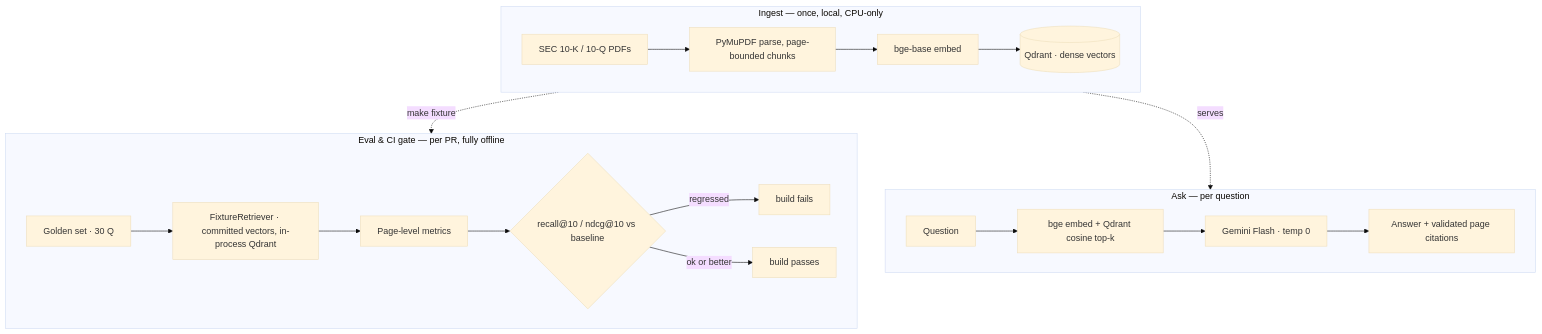
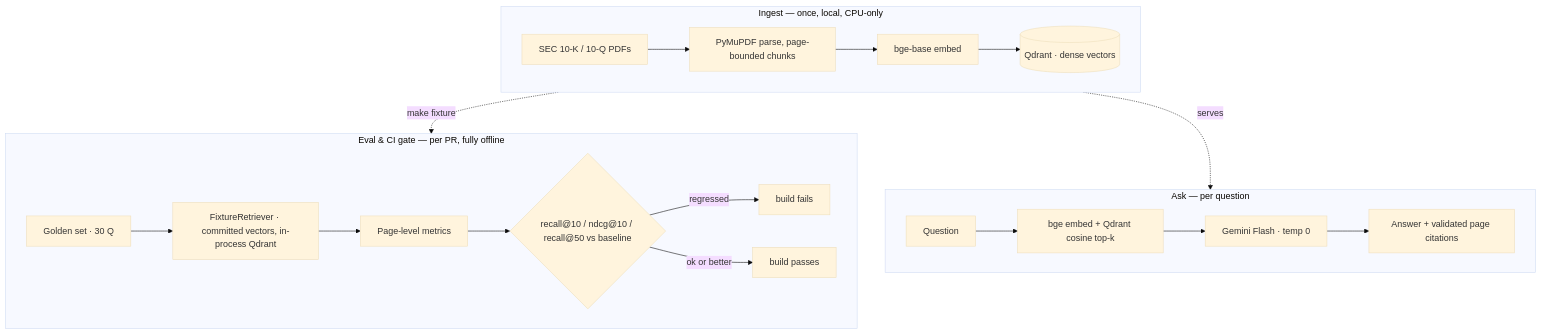
One commit to RPreethamR/ledgion changed the diagram in README.md. Above: the diagram before and after it, drawn with Mermaid (base theme). The commit also changed other lines of this file and 2 other files, not shown here.

````diff
--- a/README.md
+++ b/README.md
@@ -12,23 +18,23 @@
 ```mermaid
 flowchart TB
   subgraph ingest["Ingest — once, local, CPU-only"]
     direction LR
     P["SEC 10-K / 10-Q PDFs"] --> C["PyMuPDF parse, page-bounded chunks"]
     C --> V["bge-base embed"] --> Q[("Qdrant · dense vectors")]
   end
 
   subgraph ask["Ask — per question"]
     direction LR
     QN["Question"] --> RT["bge embed + Qdrant cosine top-k"] --> LLM["Gemini Flash · temp 0"] --> AN["Answer + validated page citations"]
   end
 
   subgraph ci["Eval & CI gate — per PR, fully offline"]
     direction LR
-    GD["Golden set · 30 Q"] --> FR["FixtureRetriever · committed vectors, in-process Qdrant"] --> MT["Page-level metrics"] --> GT{"recall@10 / ndcg@10 vs baseline"}
+    GD["Golden set · 30 Q"] --> FR["FixtureRetriever · committed vectors, in-process Qdrant"] --> MT["Page-level metrics"] --> GT{"recall@10 / ndcg@10 / recall@50 vs baseline"}
     GT -->|regressed| RED["build fails"]
     GT -->|ok or better| GRN["build passes"]
   end
 
   Q -. serves .-> RT
   Q -. "make fixture" .-> FR
 ```
````
